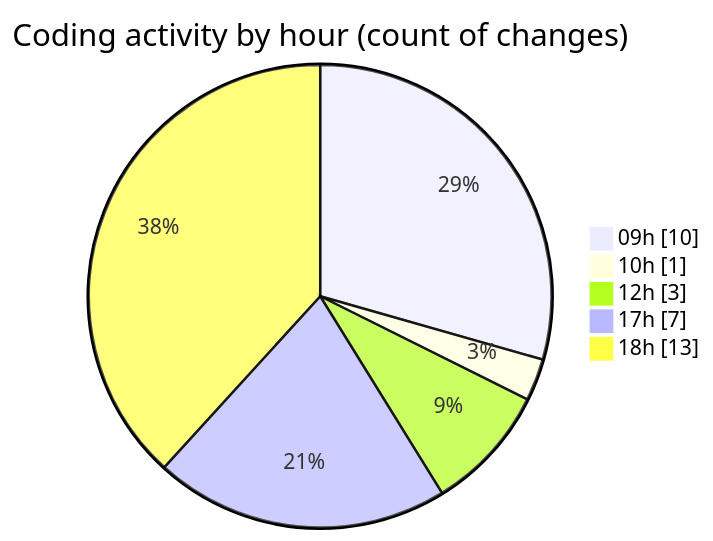
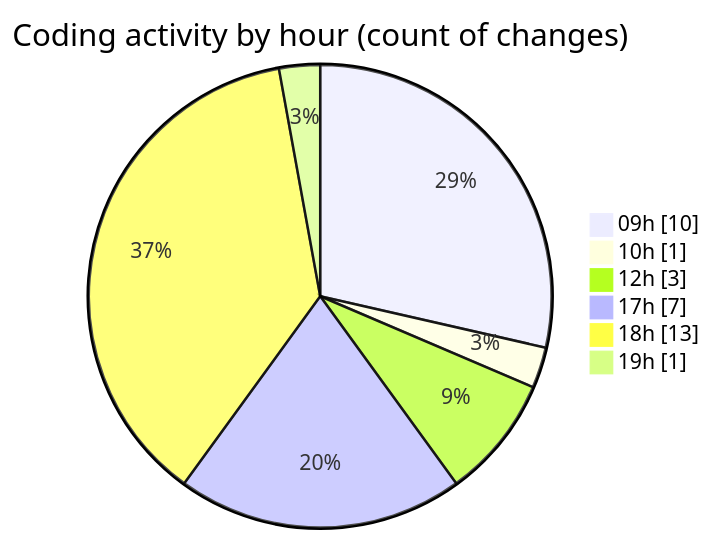
The second of 2 diagrams in 2025-11-13/eventscop-frontend-guide__workspace_/README.md (julien-gomy/code-tracking), drawn with Mermaid before and after one commit. The commit also changed other lines of this file and 1 other file, not shown here.

````diff
--- a/2025-11-13/eventscop-frontend-guide__workspace_/README.md
+++ b/2025-11-13/eventscop-frontend-guide__workspace_/README.md
@@ -41,9 +42,10 @@
 ```mermaid
 pie showData
 title Coding activity by hour (count of changes)
 "09h" : 10
 "10h" : 1
 "12h" : 3
 "17h" : 7
 "18h" : 13
+"19h" : 1
 ```
````
